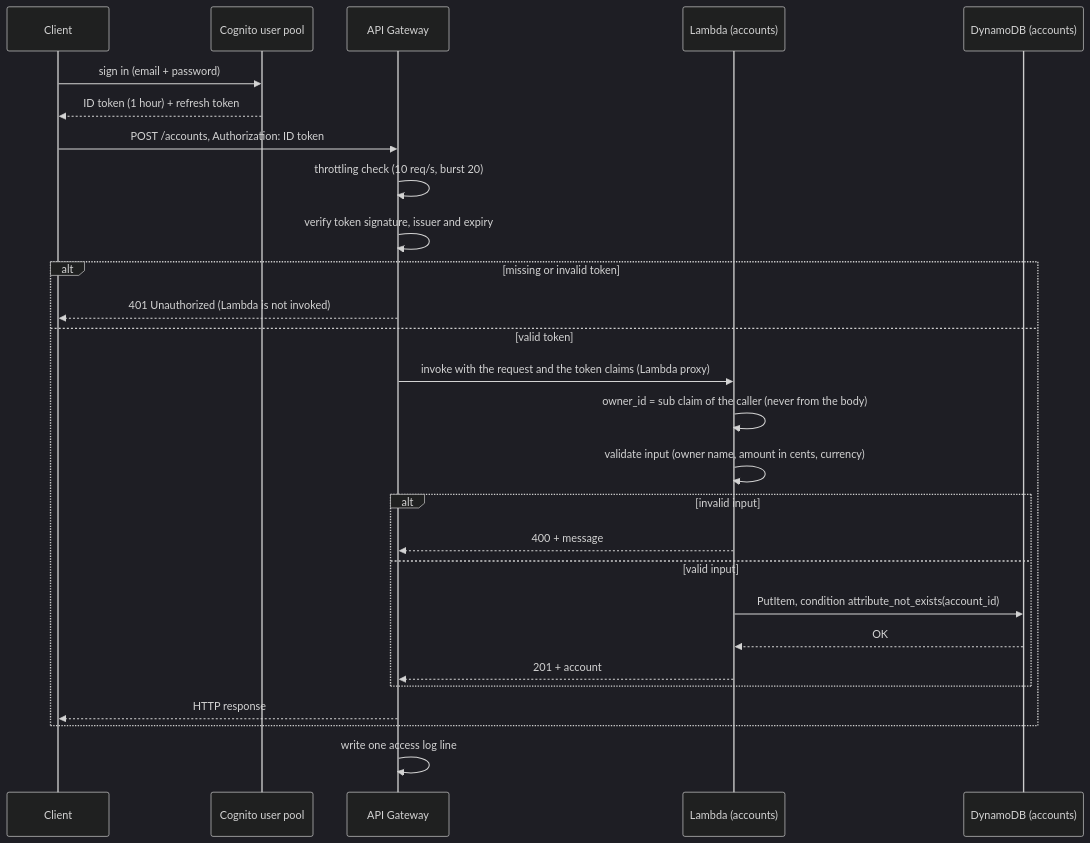
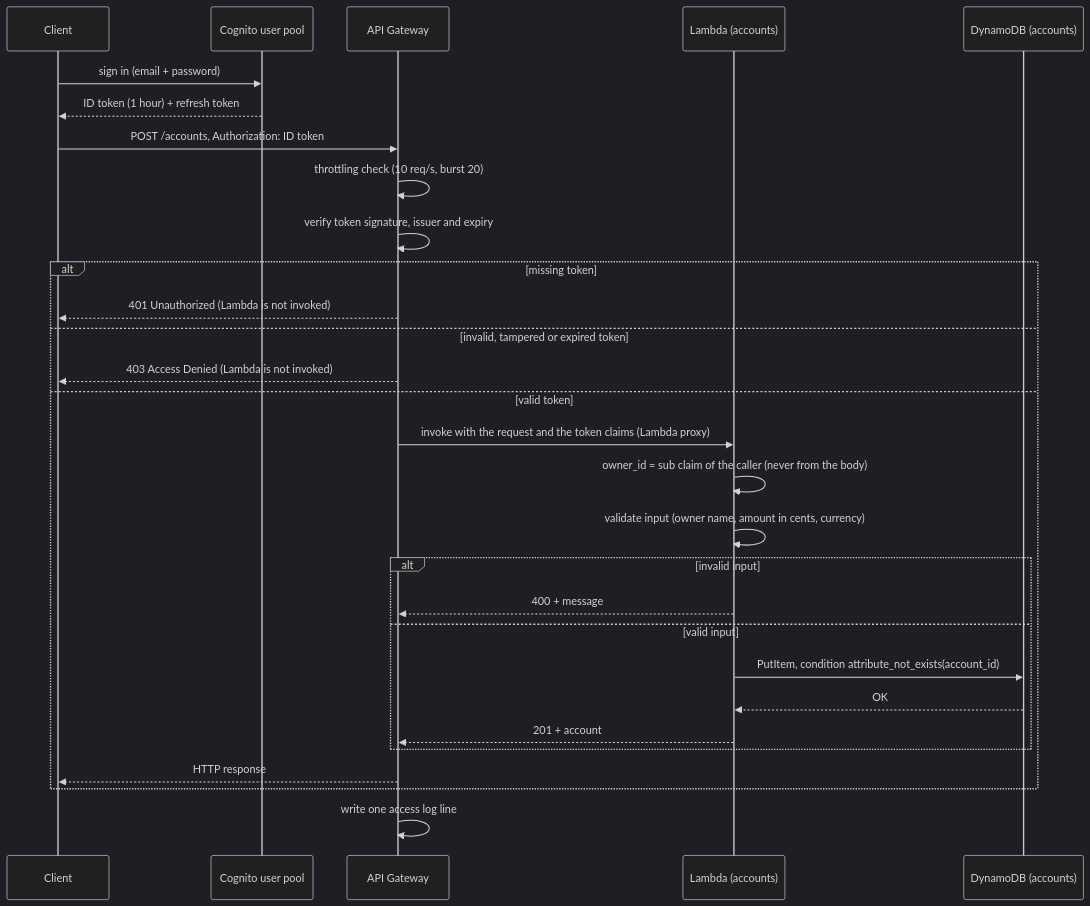
One commit to samibhiri/serverless-transfer-saga changed the second of 3 diagrams in docs/architecture/accounts-api.md. Above: the diagram before and after it, drawn with Mermaid (dark theme). The commit also changed other lines of this file and 3 other files, not shown here.

````diff
--- a/docs/architecture/accounts-api.md
+++ b/docs/architecture/accounts-api.md
@@ -52,30 +52,32 @@
 ```mermaid
 sequenceDiagram
     participant C as Client
     participant U as Cognito user pool
     participant A as API Gateway
     participant L as Lambda (accounts)
     participant D as DynamoDB (accounts)
 
     C->>U: sign in (email + password)
     U-->>C: ID token (1 hour) + refresh token
     C->>A: POST /accounts, Authorization: ID token
     A->>A: throttling check (10 req/s, burst 20)
     A->>A: verify token signature, issuer and expiry
-    alt missing or invalid token
+    alt missing token
         A-->>C: 401 Unauthorized (Lambda is not invoked)
+    else invalid, tampered or expired token
+        A-->>C: 403 Access Denied (Lambda is not invoked)
     else valid token
         A->>L: invoke with the request and the token claims (Lambda proxy)
         L->>L: owner_id = sub claim of the caller (never from the body)
         L->>L: validate input (owner name, amount in cents, currency)
         alt invalid input
             L-->>A: 400 + message
         else valid input
             L->>D: PutItem, condition attribute_not_exists(account_id)
             D-->>L: OK
             L-->>A: 201 + account
         end
         A-->>C: HTTP response
     end
     A->>A: write one access log line
 ```
````
